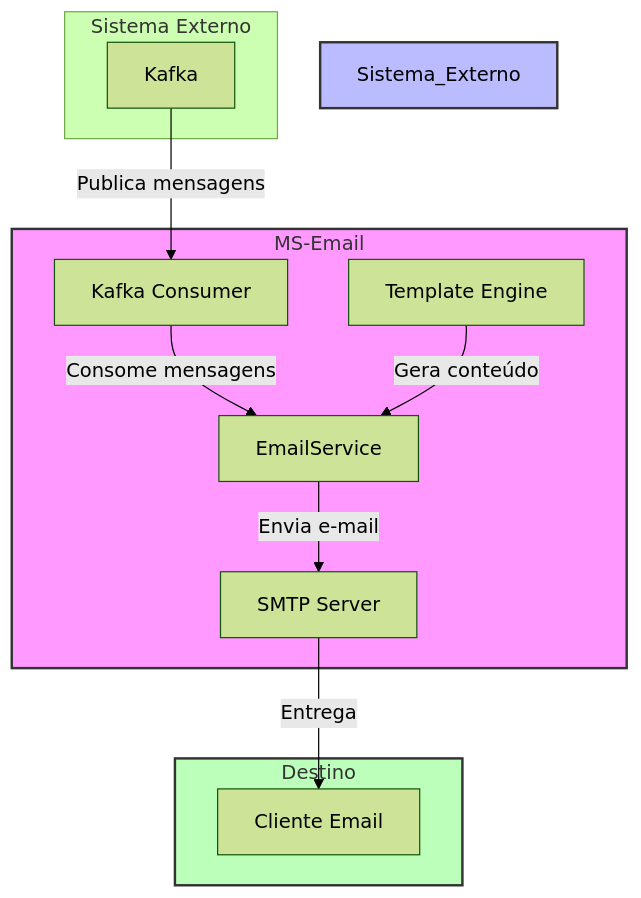
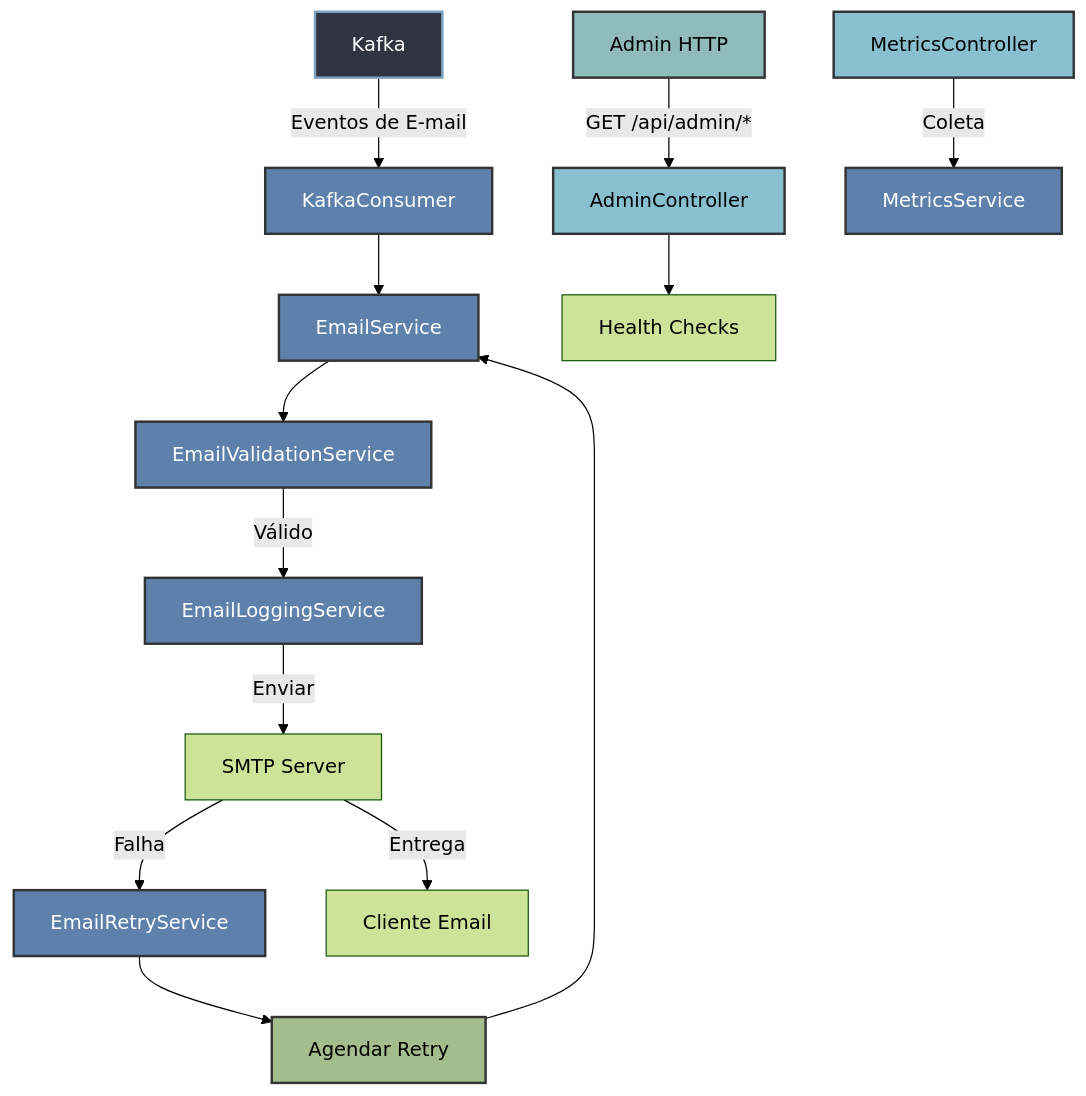
One commit to DanielSilva07/Ms-Email changed the diagram in ms-email/DIAGRAMA.md. Above: the diagram before and after it, drawn with Mermaid (forest theme). The commit also changed other lines of this file, not shown here.

Commit message:
add diagrama

````diff
--- a/ms-email/DIAGRAMA.md
+++ b/ms-email/DIAGRAMA.md
@@ -3,20 +3,39 @@
 ```mermaid
-graph TD
-    subgraph "MS-Email"
-        A[Kafka Consumer] -->|Consome mensagens| B[EmailService]
-        B -->|Envia e-mail| C[SMTP Server]
-        D[Template Engine] -->|Gera conteúdo| B
-    end
-
-    subgraph "Sistema Externo"
-        E[Kafka] -->|Publica mensagens| A
-    end
-
-    subgraph "Destino"
-        C -->|Entrega| F[Cliente Email]
-    end
-
-    style MS-Email fill:#f9f,stroke:#333,stroke-width:2px
-    style Sistema_Externo fill:#bbf,stroke:#333,stroke-width:2px
-    style Destino fill:#bfb,stroke:#333,stroke-width:2px
+flowchart TD
+    %% Fluxo Principal - Consumo do Kafka
+    A[Kafka] -->|Eventos de E-mail| B[KafkaConsumer]
+    B --> C[EmailService]
+    
+    %% Fluxo de Processamento
+    C --> D[EmailValidationService]
+    D -->|Válido| E[EmailLoggingService]
+    E -->|Enviar| F[SMTP Server]
+    
+    %% Fluxo de Retry
+    F -->|Falha| G[EmailRetryService]
+    G --> H[Agendar Retry]
+    H --> C
+    
+    %% API REST (Apenas para Admin)
+    I[Admin HTTP] -->|GET /api/admin/*| J[AdminController]
+    J --> K[Health Checks]
+    
+    %% Monitoramento
+    L[MetricsController] -->|Coleta| M[MetricsService]
+    
+    %% Destino
+    F -->|Entrega| N[Cliente Email]
+    
+    %% Estilos
+    classDef kafka fill:#2e3440,stroke:#81a1c1,stroke-width:2px,color:white
+    classDef service fill:#5e81ac,stroke:#333,stroke-width:2px,color:white
+    classDef controller fill:#88c0d0,stroke:#333,stroke-width:2px
+    classDef external fill:#8fbcbb,stroke:#333,stroke-width:2px
+    classDef queue fill:#a3be8c,stroke:#333,stroke-width:2px
+    
+    class A kafka
+    class B,C,D,E,G,M service
+    class J,L controller
+    class I external
+    class H queue
 ```
````
